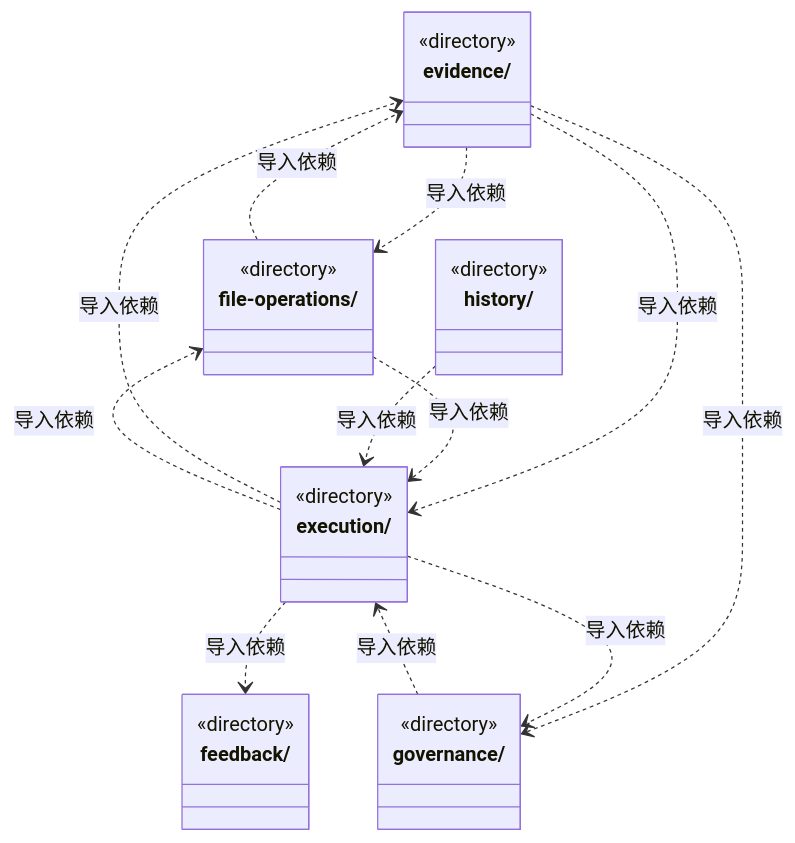
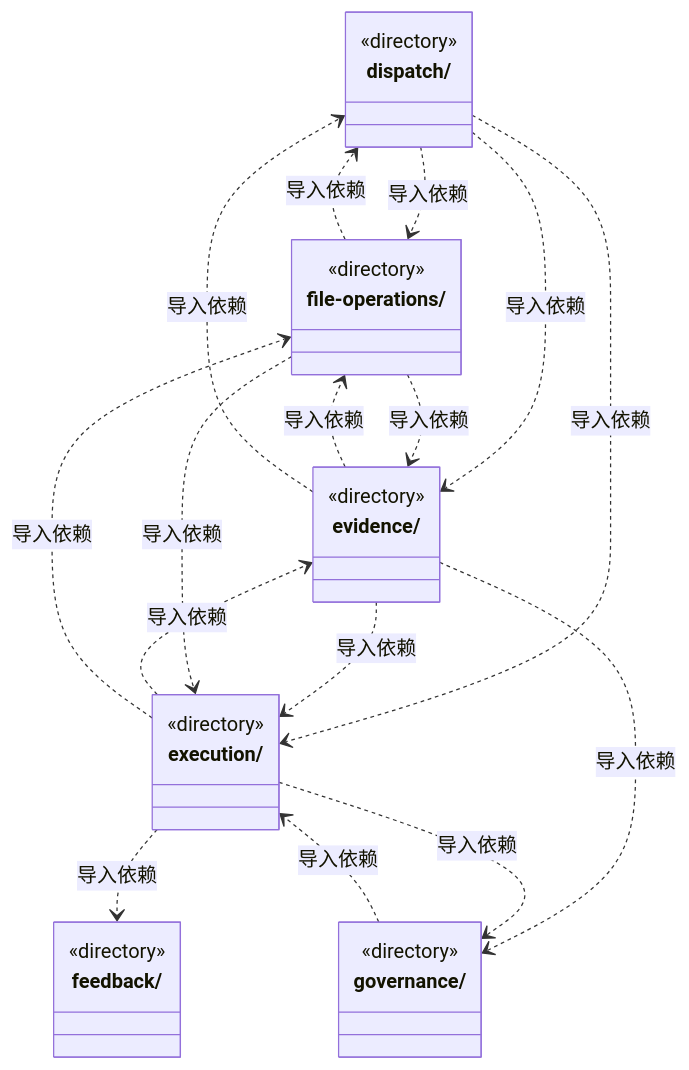
Before and after one commit to nan023062/cbim: the second of 5 diagrams in src/logic/ARCHITECTURE.md, drawn with Mermaid. The commit also changed other lines of this file and 87 other files, not shown here.

````diff
--- a/src/logic/ARCHITECTURE.md
+++ b/src/logic/ARCHITECTURE.md
@@ -47,32 +44,36 @@
 ```mermaid
 classDiagram
+class N_src_logic_dispatch["dispatch/"] {
+  <<directory>>
+}
 class N_src_logic_evidence["evidence/"] {
   <<directory>>
 }
 class N_src_logic_execution["execution/"] {
   <<directory>>
 }
 class N_src_logic_feedback["feedback/"] {
   <<directory>>
 }
 class N_src_logic_file_operations["file-operations/"] {
   <<directory>>
 }
 class N_src_logic_governance["governance/"] {
   <<directory>>
 }
-class N_src_logic_history["history/"] {
-  <<directory>>
-}
+N_src_logic_dispatch ..> N_src_logic_file_operations : 导入依赖
+N_src_logic_dispatch ..> N_src_logic_execution : 导入依赖
+N_src_logic_dispatch ..> N_src_logic_evidence : 导入依赖
 N_src_logic_evidence ..> N_src_logic_file_operations : 导入依赖
+N_src_logic_evidence ..> N_src_logic_dispatch : 导入依赖
 N_src_logic_evidence ..> N_src_logic_execution : 导入依赖
 N_src_logic_evidence ..> N_src_logic_governance : 导入依赖
 N_src_logic_execution ..> N_src_logic_evidence : 导入依赖
 N_src_logic_execution ..> N_src_logic_file_operations : 导入依赖
 N_src_logic_execution ..> N_src_logic_feedback : 导入依赖
 N_src_logic_execution ..> N_src_logic_governance : 导入依赖
 N_src_logic_file_operations ..> N_src_logic_evidence : 导入依赖
 N_src_logic_file_operations ..> N_src_logic_execution : 导入依赖
+N_src_logic_file_operations ..> N_src_logic_dispatch : 导入依赖
 N_src_logic_governance ..> N_src_logic_execution : 导入依赖
-N_src_logic_history ..> N_src_logic_execution : 导入依赖
 ```
````
